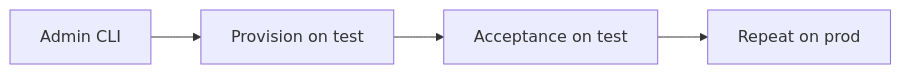
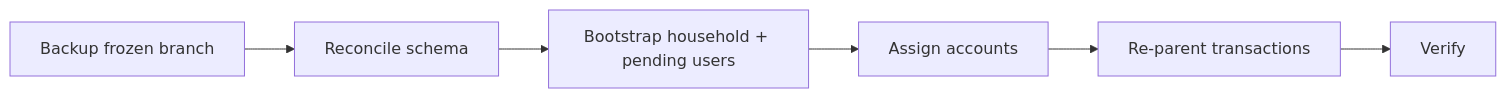
One commit to adambossy/transactoid changed the diagram in docs/superpowers/plans/smartplans/phase-3/plan-src/phase-3.md. Above: the diagram before and after it, drawn with Mermaid. The commit also changed other lines of this file and 7 other files, not shown here.

First line of the commit message:
docs: rewrite phase-3 SmartPlan for the cutover (was provision+test)

````diff
--- a/docs/superpowers/plans/smartplans/phase-3/plan-src/phase-3.md
+++ b/docs/superpowers/plans/smartplans/phase-3/plan-src/phase-3.md
@@ -33,6 +30,8 @@
 ```mermaid
 flowchart LR
-  cli[Admin CLI] --> prov[Provision on test]
-  prov --> acc[Acceptance on test]
-  acc --> prod[Repeat on prod]
+  backup[Backup frozen branch] --> reconcile[Reconcile schema]
+  reconcile --> bootstrap[Bootstrap household + pending users]
+  bootstrap --> assign[Assign accounts]
+  assign --> reparent[Re-parent transactions]
+  reparent --> verify[Verify]
 ```
````
